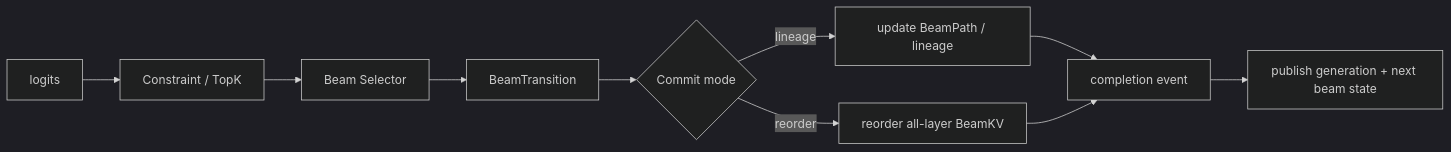
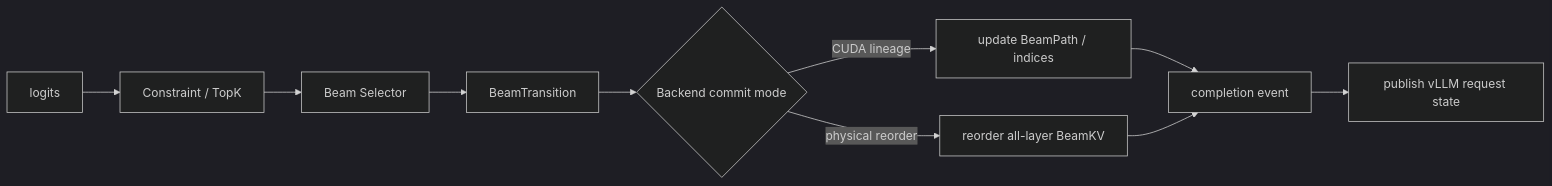
Before and after one commit to zhanghanleo10/gr-related: the tenth of 13 diagrams in GR/beam_incremental_decode_unified_architecture_design.md, drawn with Mermaid (dark theme). The commit also changed other lines of this file, not shown here.

Commit message:
docs: make Beam incremental decode architecture vLLM-first

````diff
--- a/GR/beam_incremental_decode_unified_architecture_design.md
+++ b/GR/beam_incremental_decode_unified_architecture_design.md
@@ -1035,12 +604,12 @@
 ```mermaid
 flowchart LR
     L["logits"] --> C["Constraint / TopK"]
     C --> S["Beam Selector"]
     S --> T["BeamTransition"]
-    T --> CM{"Commit mode"}
-    CM -->|lineage| LG["update BeamPath / lineage"]
-    CM -->|reorder| RO["reorder all-layer BeamKV"]
+    T --> CM{"Backend commit mode"}
+    CM -->|CUDA lineage| LG["update BeamPath / indices"]
+    CM -->|physical reorder| RO["reorder all-layer BeamKV"]
     LG --> EV["completion event"]
     RO --> EV
-    EV --> PB["publish generation + next beam state"]
+    EV --> PB["publish vLLM request state"]
 ```
````
